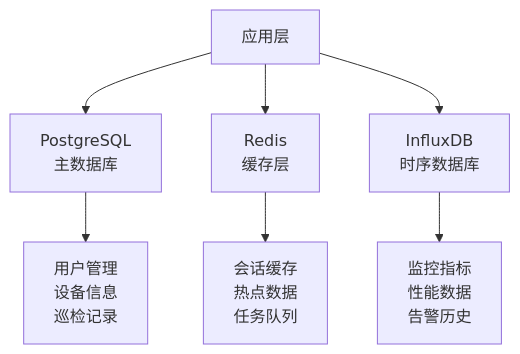
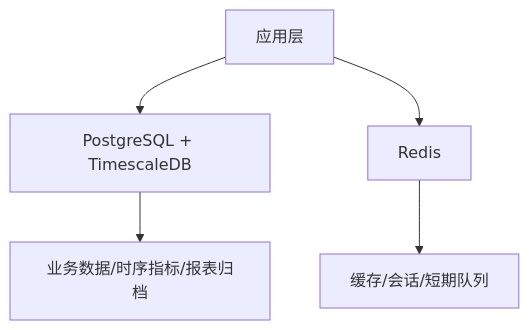
One commit to Izumi0527/inspect changed the diagram in docs/datebase/database-deployment.md. Above: the diagram before and after it, drawn with Mermaid. The commit also changed other lines of this file and 472 other files, not shown here.

````diff
--- a/docs/datebase/database-deployment.md
+++ b/docs/datebase/database-deployment.md
@@ -18,10 +16,8 @@
 ```mermaid
 graph TB
-    A[应用层] --> B[PostgreSQL<br/>主数据库]
-    A --> C[Redis<br/>缓存层]
-    A --> D[InfluxDB<br/>时序数据库]
-    
-    B --> E[用户管理<br/>设备信息<br/>巡检记录]
-    C --> F[会话缓存<br/>热点数据<br/>任务队列]
-    D --> G[监控指标<br/>性能数据<br/>告警历史]
+    A[应用层] --> B[PostgreSQL + TimescaleDB]
+    A --> C[Redis]
+
+    B --> D[业务数据/时序指标/报表归档]
+    C --> E[缓存/会话/短期队列]
 ```
````
